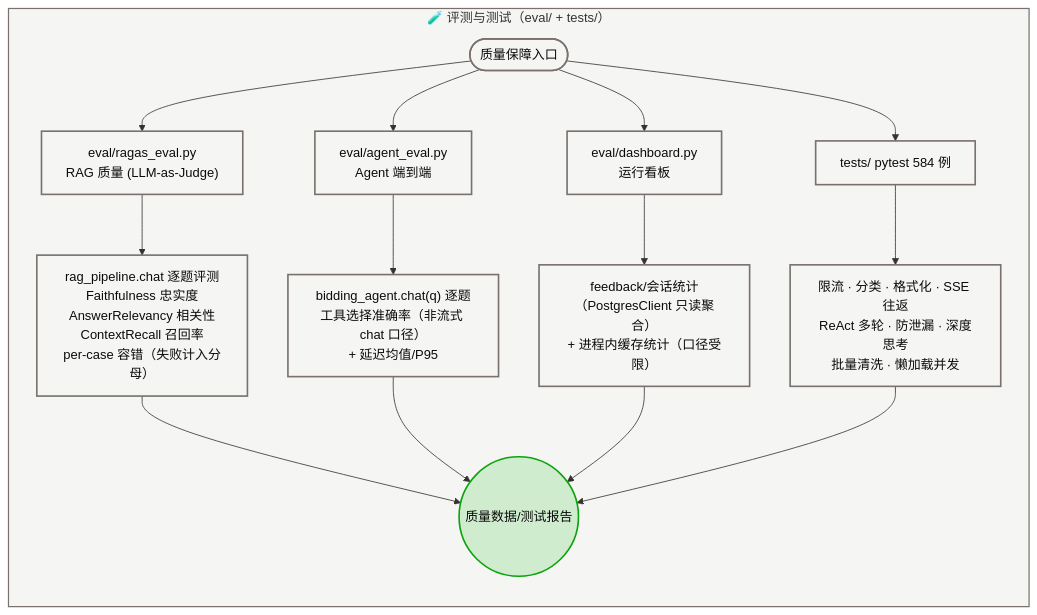
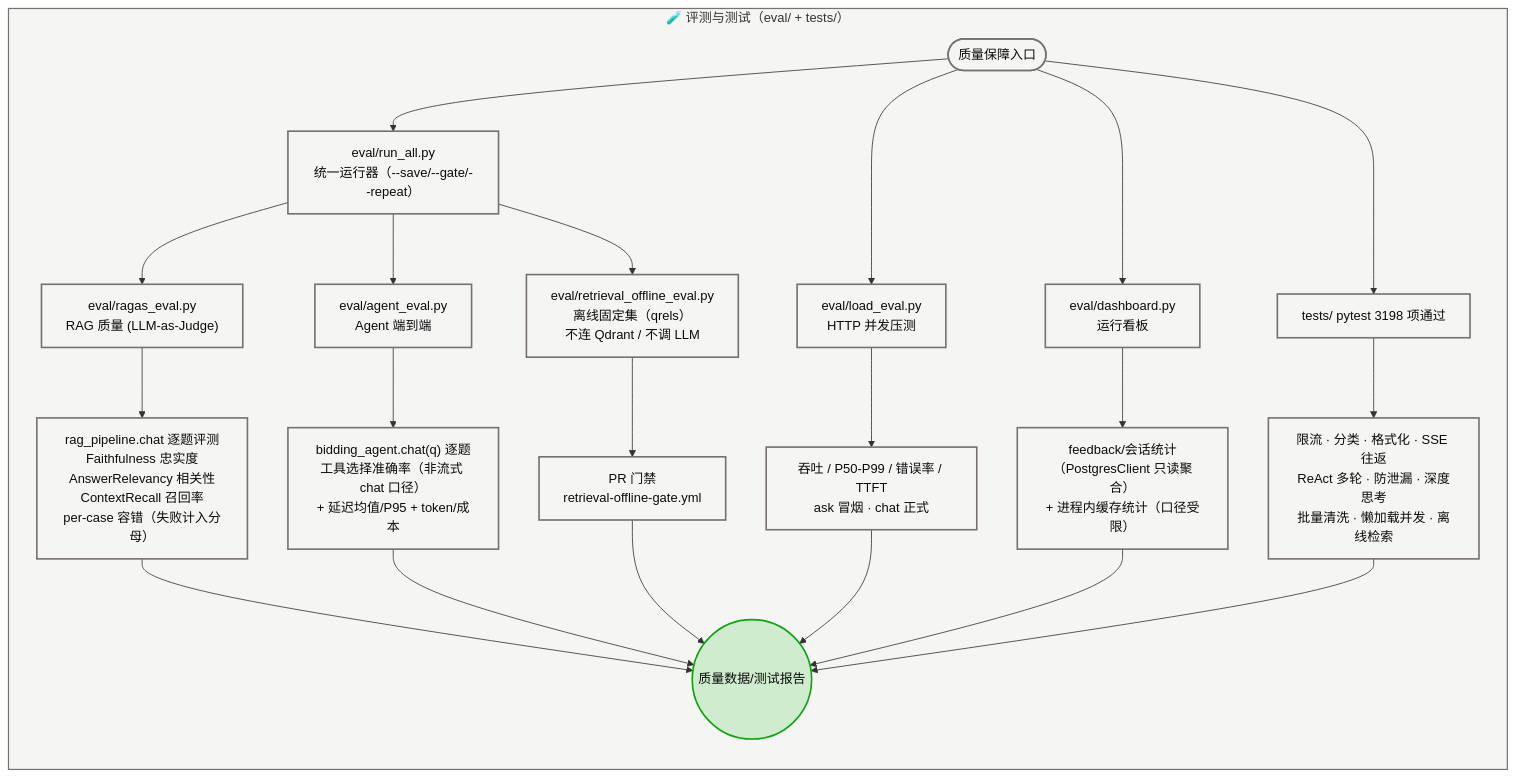
Before and after one commit to lj105183000/bidding-agent: diagram 20 of 20 in bidding-agent/docs/组件工作机制.md, drawn with Mermaid. The commit also changed other lines of this file and 45 other files, not shown here.

````diff
--- a/bidding-agent/docs/组件工作机制.md
+++ b/bidding-agent/docs/组件工作机制.md
@@ -782,21 +782,26 @@
 ```mermaid
 flowchart TB
   subgraph EVAL["🧪 评测与测试（eval/ + tests/）"]
     direction TB
-    V0(["质量保障入口"]) --> V1["eval/ragas_eval.py<br/>RAG 质量 (LLM-as-Judge)"]
+    V0(["质量保障入口"]) --> V10["eval/run_all.py<br/>统一运行器（--save/--gate/--repeat）"]
+    V10 --> V1["eval/ragas_eval.py<br/>RAG 质量 (LLM-as-Judge)"]
     V1 --> V2["rag_pipeline.chat 逐题评测<br/>Faithfulness 忠实度<br/>AnswerRelevancy 相关性<br/>ContextRecall 召回率<br/>per-case 容错（失败计入分母）"]
-    V0 --> V3["eval/agent_eval.py<br/>Agent 端到端"]
-    V3 --> V4["bidding_agent.chat(q) 逐题<br/>工具选择准确率（非流式 chat 口径）<br/>+ 延迟均值/P95"]
+    V10 --> V3["eval/agent_eval.py<br/>Agent 端到端"]
+    V3 --> V4["bidding_agent.chat(q) 逐题<br/>工具选择准确率（非流式 chat 口径）<br/>+ 延迟均值/P95 + token/成本"]
+    V10 --> V11["eval/retrieval_offline_eval.py<br/>离线固定集（qrels）<br/>不连 Qdrant / 不调 LLM"]
+    V11 --> V14["PR 门禁<br/>retrieval-offline-gate.yml"]
+    V0 --> V12["eval/load_eval.py<br/>HTTP 并发压测"]
+    V12 --> V13["吞吐 / P50-P99 / 错误率 / TTFT<br/>ask 冒烟 · chat 正式"]
     V0 --> V5["eval/dashboard.py<br/>运行看板"]
     V5 --> V6["feedback/会话统计（PostgresClient 只读聚合）<br/>+ 进程内缓存统计（口径受限）"]
-    V0 --> V7["tests/ pytest 584 例"]
-    V7 --> V8["限流 · 分类 · 格式化 · SSE 往返<br/>ReAct 多轮 · 防泄漏 · 深度思考<br/>批量清洗 · 懒加载并发"]
-    V2 & V4 & V6 & V8 --> V9(("质量数据/测试报告"))
+    V0 --> V7["tests/ pytest 3198 项通过"]
+    V7 --> V8["限流 · 分类 · 格式化 · SSE 往返<br/>ReAct 多轮 · 防泄漏 · 深度思考<br/>批量清洗 · 懒加载并发 · 离线检索"]
+    V2 & V4 & V6 & V8 & V13 & V14 --> V9(("质量数据/测试报告"))
   end
 
   classDef cEV fill:#f5f5f4,stroke:#78716c,stroke-width:2px,color:#0b0b0b;
   classDef cOK fill:#cfeccf,stroke:#0ca30c,stroke-width:2px,color:#0b0b0b;
-  class V0,V1,V2,V3,V4,V5,V6,V7,V8 cEV;
+  class V0,V1,V2,V3,V4,V5,V6,V7,V8,V10,V11,V12,V13,V14 cEV;
   class V9 cOK;
   style EVAL fill:#f5f5f4,stroke:#78716c,stroke-width:1.5px;
 ```
````
